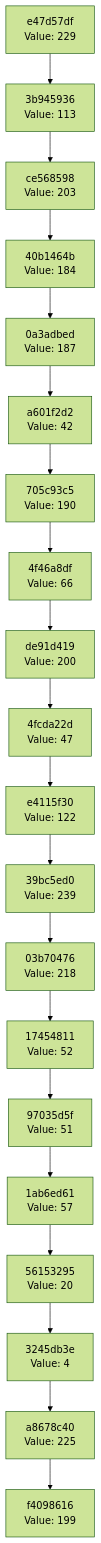
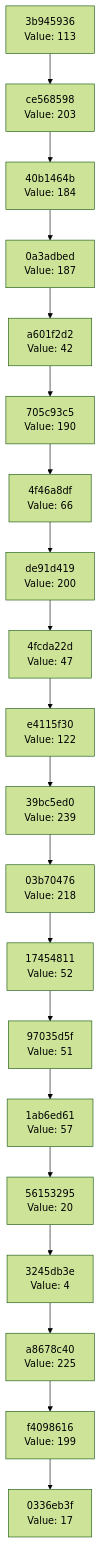
One commit to Abhisheksinha1506/hash-chain-evolver changed the diagram in docs/CHAIN_VISUALIZATION.md. Above: the diagram before and after it, drawn with Mermaid (forest theme). The commit also changed 1 other file, not shown here.

Commit message:
Evolution step: hash 0x11 → action executed

````diff
--- a/docs/CHAIN_VISUALIZATION.md
+++ b/docs/CHAIN_VISUALIZATION.md
@@ -3,42 +3,42 @@
 ```mermaid
 graph TD
-    C0["f4098616<br/>Value: 199"]
-    C1["a8678c40<br/>Value: 225"]
+    C0["0336eb3f<br/>Value: 17"]
+    C1["f4098616<br/>Value: 199"]
     C1 --> C0
-    C2["3245db3e<br/>Value: 4"]
+    C2["a8678c40<br/>Value: 225"]
     C2 --> C1
-    C3["56153295<br/>Value: 20"]
+    C3["3245db3e<br/>Value: 4"]
     C3 --> C2
-    C4["1ab6ed61<br/>Value: 57"]
+    C4["56153295<br/>Value: 20"]
     C4 --> C3
-    C5["97035d5f<br/>Value: 51"]
+    C5["1ab6ed61<br/>Value: 57"]
     C5 --> C4
-    C6["17454811<br/>Value: 52"]
+    C6["97035d5f<br/>Value: 51"]
     C6 --> C5
-    C7["03b70476<br/>Value: 218"]
+    C7["17454811<br/>Value: 52"]
     C7 --> C6
-    C8["39bc5ed0<br/>Value: 239"]
+    C8["03b70476<br/>Value: 218"]
     C8 --> C7
-    C9["e4115f30<br/>Value: 122"]
+    C9["39bc5ed0<br/>Value: 239"]
     C9 --> C8
-    C10["4fcda22d<br/>Value: 47"]
+    C10["e4115f30<br/>Value: 122"]
     C10 --> C9
-    C11["de91d419<br/>Value: 200"]
+    C11["4fcda22d<br/>Value: 47"]
     C11 --> C10
-    C12["4f46a8df<br/>Value: 66"]
+    C12["de91d419<br/>Value: 200"]
     C12 --> C11
-    C13["705c93c5<br/>Value: 190"]
+    C13["4f46a8df<br/>Value: 66"]
     C13 --> C12
-    C14["a601f2d2<br/>Value: 42"]
+    C14["705c93c5<br/>Value: 190"]
     C14 --> C13
-    C15["0a3adbed<br/>Value: 187"]
+    C15["a601f2d2<br/>Value: 42"]
     C15 --> C14
-    C16["40b1464b<br/>Value: 184"]
+    C16["0a3adbed<br/>Value: 187"]
     C16 --> C15
-    C17["ce568598<br/>Value: 203"]
+    C17["40b1464b<br/>Value: 184"]
     C17 --> C16
-    C18["3b945936<br/>Value: 113"]
+    C18["ce568598<br/>Value: 203"]
     C18 --> C17
-    C19["e47d57df<br/>Value: 229"]
+    C19["3b945936<br/>Value: 113"]
     C19 --> C18
 ```
````
